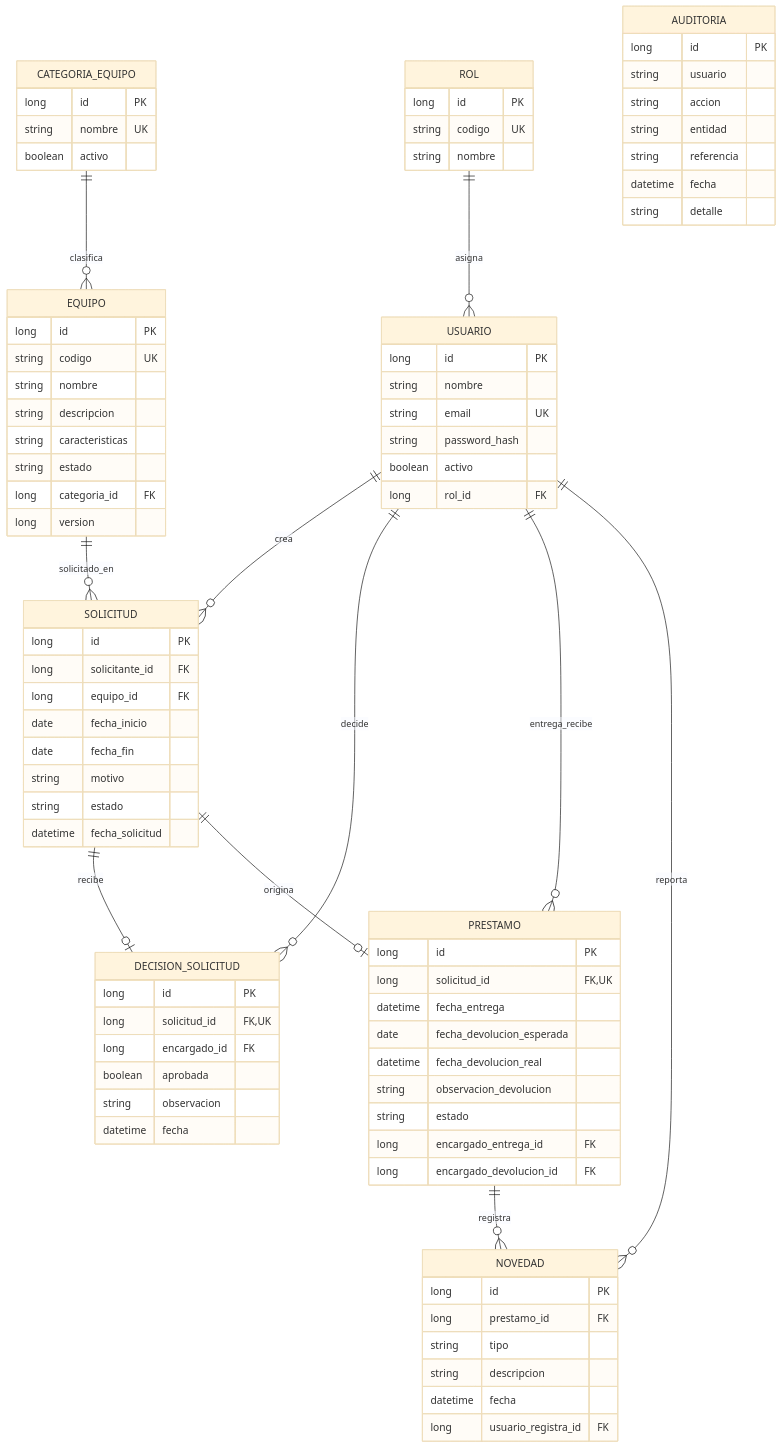
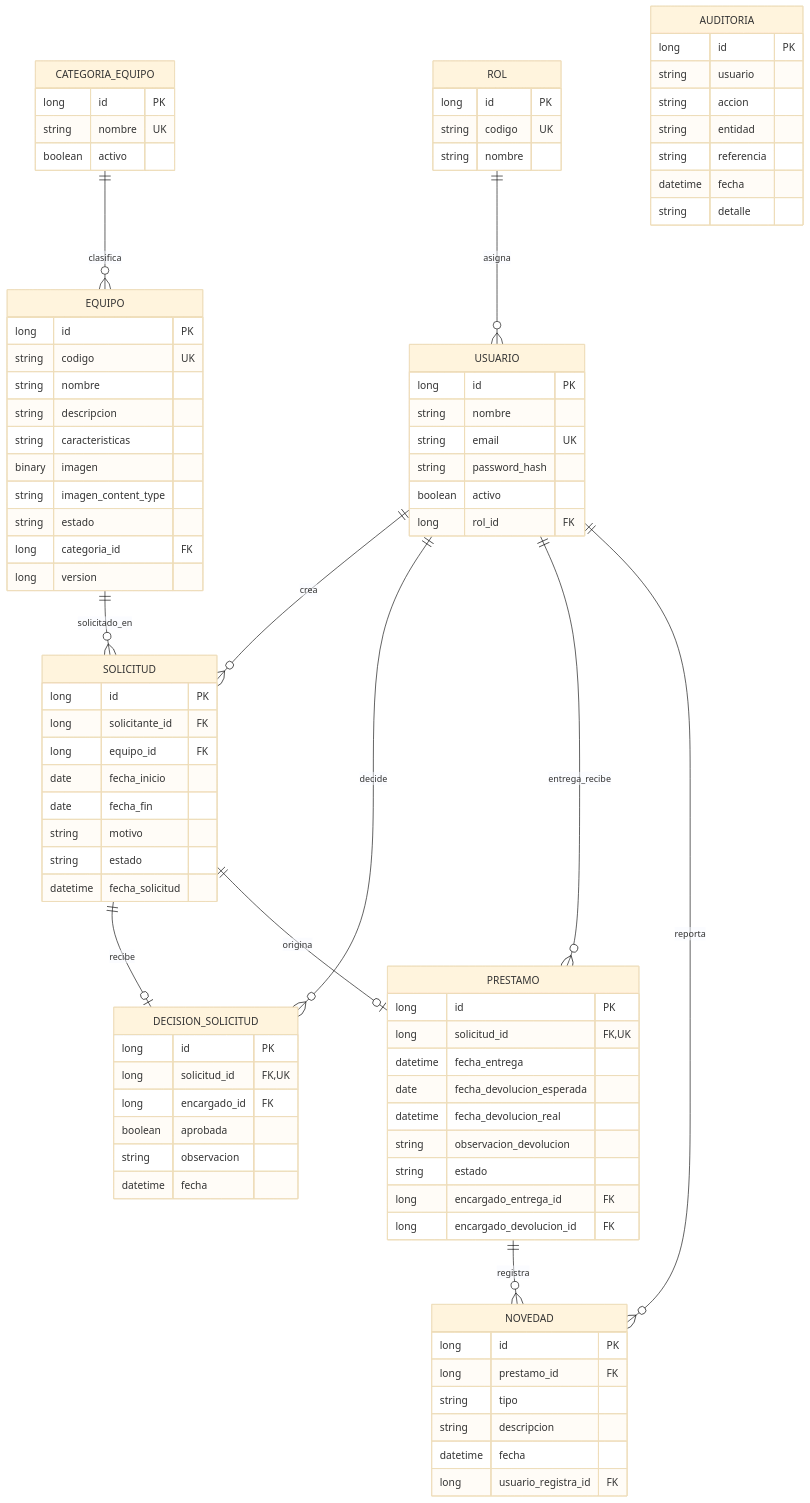
One commit to wespii/sistema-prestamo-equipos changed the diagram in docs/modelo-datos.md. Above: the diagram before and after it, drawn with Mermaid (base theme). The commit also changed other lines of this file and 79 other files, not shown here.

```diff
--- a/docs/modelo-datos.md
+++ b/docs/modelo-datos.md
@@ -39,6 +39,8 @@
     string nombre
     string descripcion
     string caracteristicas
+    binary imagen
+    string imagen_content_type
     string estado
     long categoria_id FK
     long version
```
